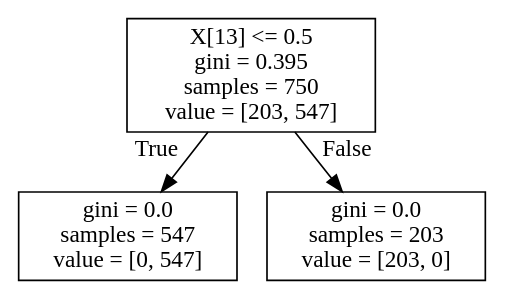
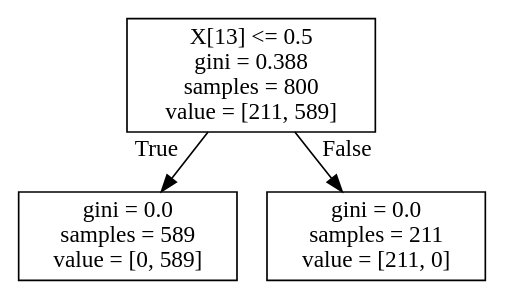
Before and after one commit to kjmj/ai-decision-tree: the diagram in tree.dot, drawn with Graphviz. The commit also changed 6 other files, not shown here.

```diff
--- a/tree.dot
+++ b/tree.dot
@@ -1,8 +1,8 @@
 digraph Tree {
 node [shape=box] ;
-0 [label="X[13] <= 0.5\ngini = 0.395\nsamples = 750\nvalue = [203, 547]"] ;
-1 [label="gini = 0.0\nsamples = 547\nvalue = [0, 547]"] ;
+0 [label="X[13] <= 0.5\ngini = 0.388\nsamples = 800\nvalue = [211, 589]"] ;
+1 [label="gini = 0.0\nsamples = 589\nvalue = [0, 589]"] ;
 0 -> 1 [labeldistance=2.5, labelangle=45, headlabel="True"] ;
-2 [label="gini = 0.0\nsamples = 203\nvalue = [203, 0]"] ;
+2 [label="gini = 0.0\nsamples = 211\nvalue = [211, 0]"] ;
 0 -> 2 [labeldistance=2.5, labelangle=-45, headlabel="False"] ;
 }
```
